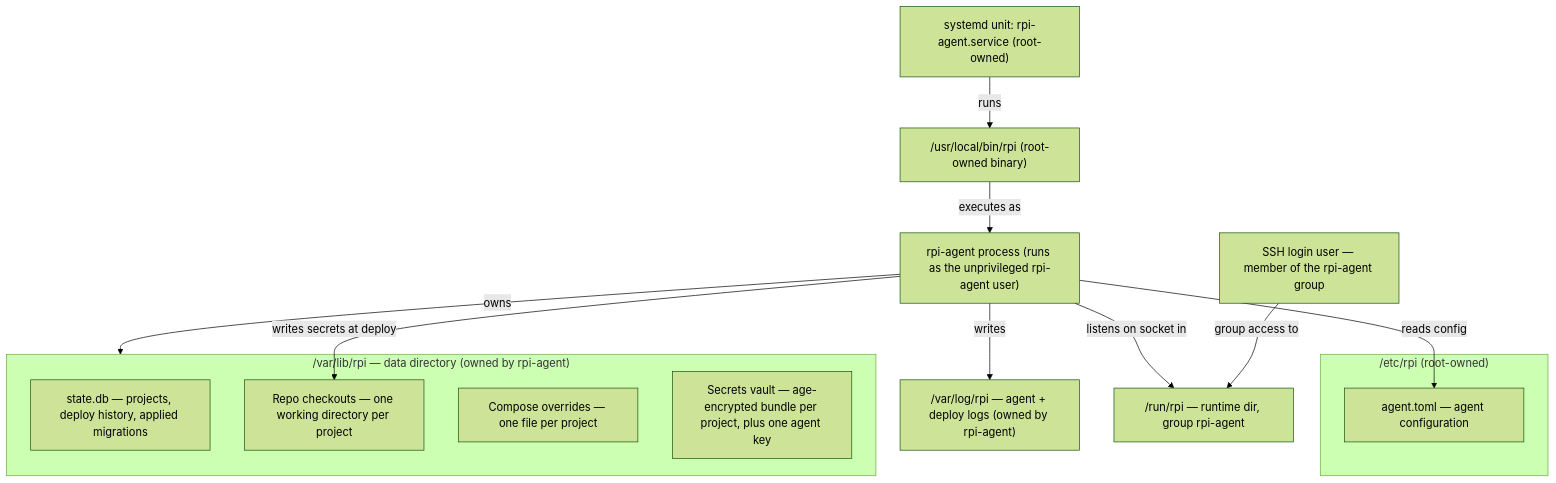
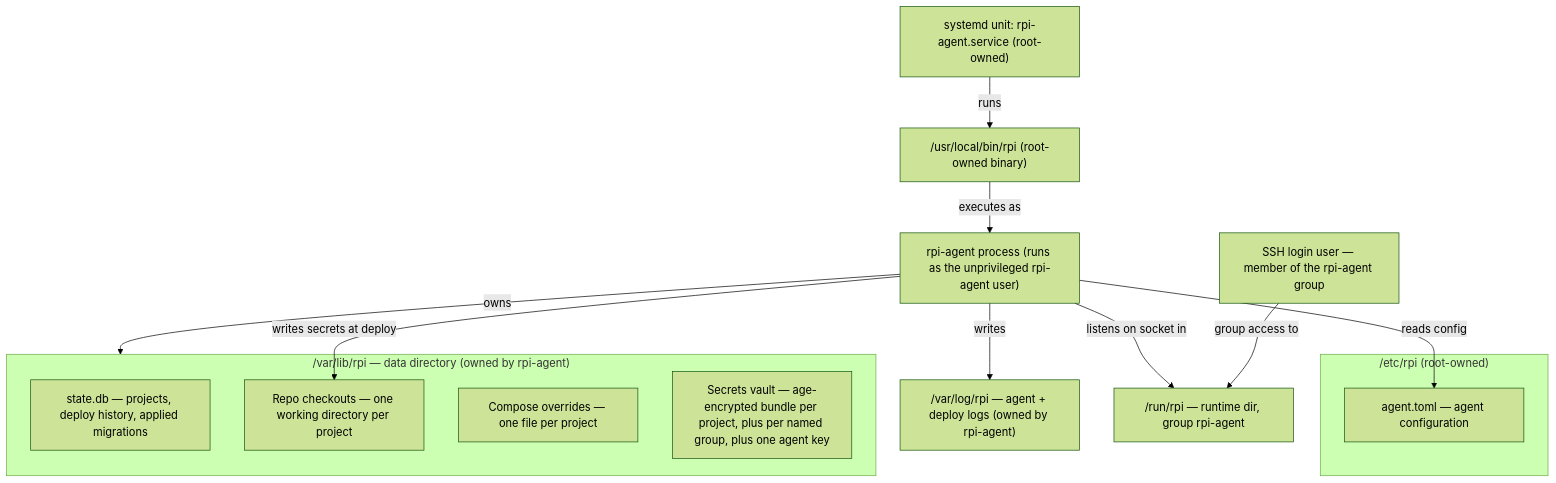
One commit to khmilevoi/pi-deploy changed the diagram in docs/architecture/storage.md. Above: the diagram before and after it, drawn with Mermaid (forest theme). The commit also changed other lines of this file and 5 other files, not shown here.

First line of the commit message:
feat(deploy): inject declared secret groups under the key bundle

````diff
--- a/docs/architecture/storage.md
+++ b/docs/architecture/storage.md
@@ -15,27 +15,27 @@
 ```mermaid
 flowchart TD
     subgraph etc["/etc/rpi (root-owned)"]
         conf["agent.toml — agent configuration"]
     end
     unit["systemd unit: rpi-agent.service (root-owned)"]
     binp["/usr/local/bin/rpi (root-owned binary)"]
     proc["rpi-agent process (runs as the unprivileged rpi-agent user)"]
     subgraph data["/var/lib/rpi — data directory (owned by rpi-agent)"]
         db["state.db — projects, deploy history, applied migrations"]
         co["Repo checkouts — one working directory per project"]
         ov["Compose overrides — one file per project"]
-        sec["Secrets vault — age-encrypted bundle per project, plus one agent key"]
+        sec["Secrets vault — age-encrypted bundle per project, plus per named group, plus one agent key"]
     end
     logs["/var/log/rpi — agent + deploy logs (owned by rpi-agent)"]
     sockdir["/run/rpi — runtime dir, group rpi-agent"]
     login["SSH login user — member of the rpi-agent group"]
 
     unit -->|runs| binp
     binp -->|executes as| proc
     proc -->|reads config| conf
     proc -->|owns| data
     proc -->|writes| logs
     proc -->|listens on socket in| sockdir
     proc -->|writes secrets at deploy| co
     login -->|group access to| sockdir
 ```
````
